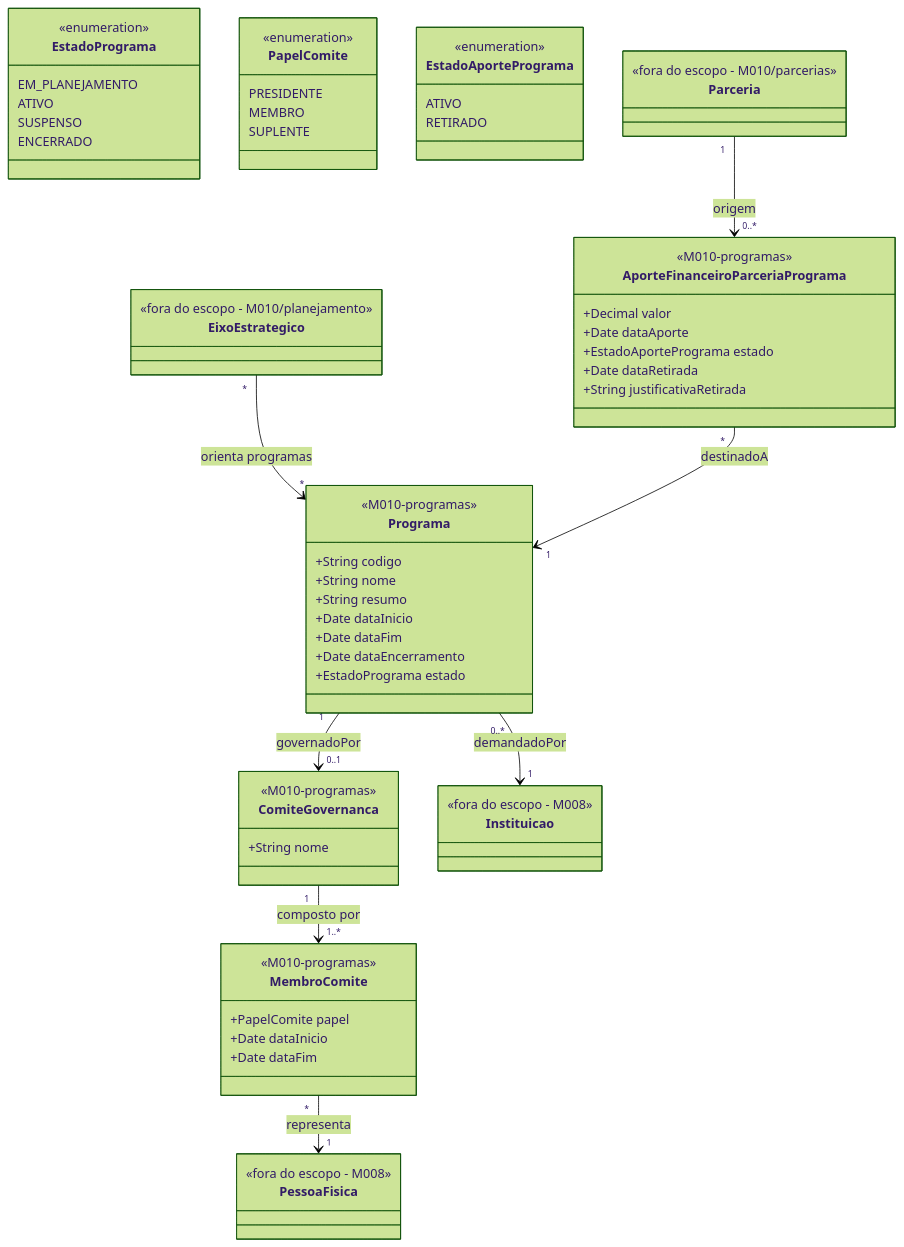
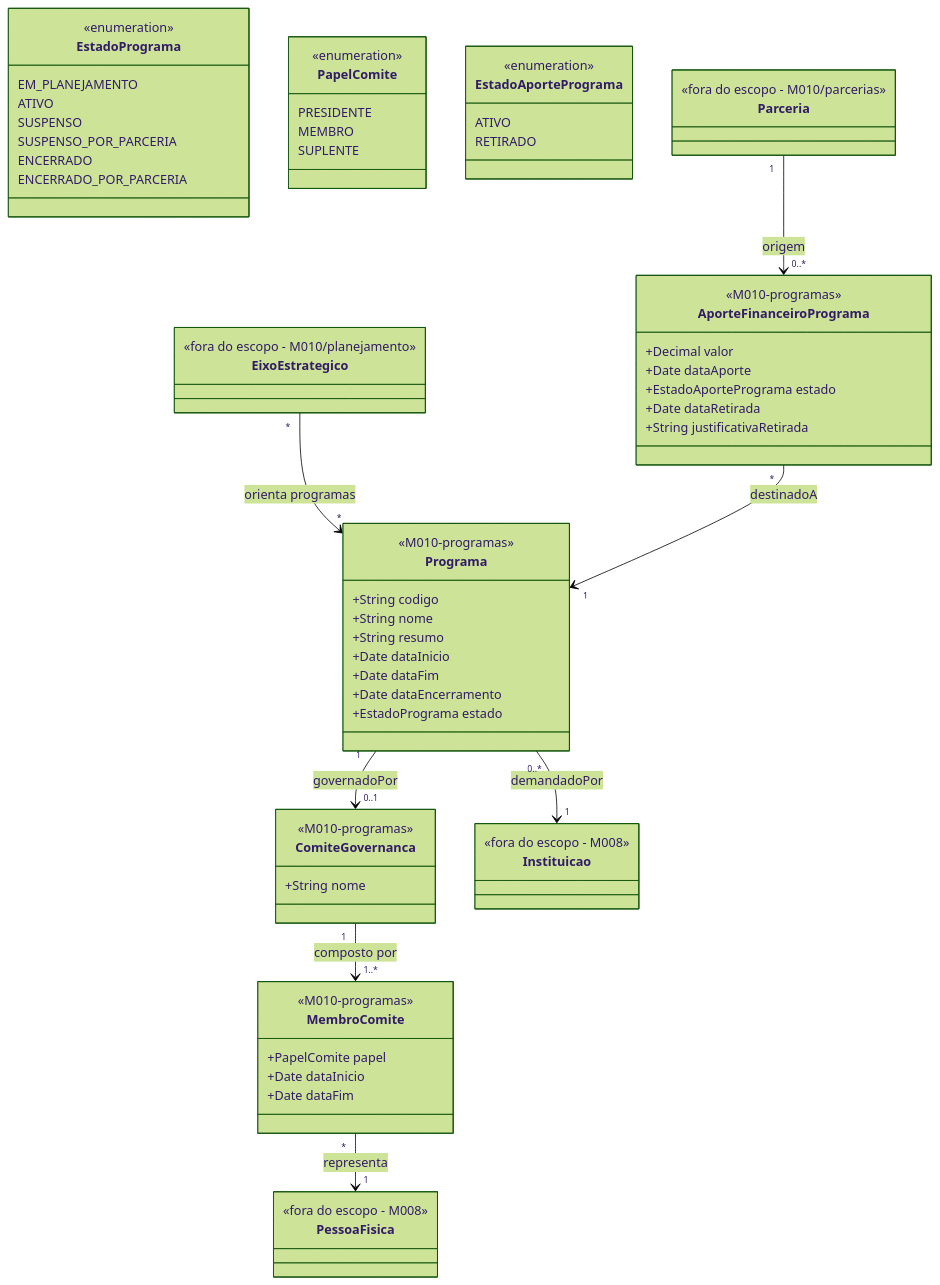
One commit to Czzped/conecta-fapes-teste changed the diagram in docs/implementation/modules/M010-planejamento-estrategia/programas/modelo-estrutural.md. Above: the diagram before and after it, drawn with Mermaid (forest theme). The commit also changed other lines of this file and 20 other files, not shown here.

````diff
--- a/docs/implementation/modules/M010-planejamento-estrategia/programas/modelo-estrutural.md
+++ b/docs/implementation/modules/M010-planejamento-estrategia/programas/modelo-estrutural.md
@@ -28,7 +28,9 @@
         EM_PLANEJAMENTO
         ATIVO
         SUSPENSO
+        SUSPENSO_POR_PARCERIA
         ENCERRADO
+        ENCERRADO_POR_PARCERIA
     }
 
     class ComiteGovernanca {
@@ -50,7 +52,7 @@
         SUPLENTE
     }
 
-    class AporteFinanceiroParceriaPrograma {
+    class AporteFinanceiroPrograma {
         <<M010-programas>>
         +Decimal valor
         +Date dataAporte
@@ -90,6 +92,6 @@
     MembroComite "*" --> "1" PessoaFisica : representa
 
     %% Aporte Parceria -> Programa (entidade pertence a programas)
-    Parceria "1" --> "0..*" AporteFinanceiroParceriaPrograma : origem
-    AporteFinanceiroParceriaPrograma "*" --> "1" Programa : destinadoA
+    Parceria "1" --> "0..*" AporteFinanceiroPrograma : origem
+    AporteFinanceiroPrograma "*" --> "1" Programa : destinadoA
 ```
````
